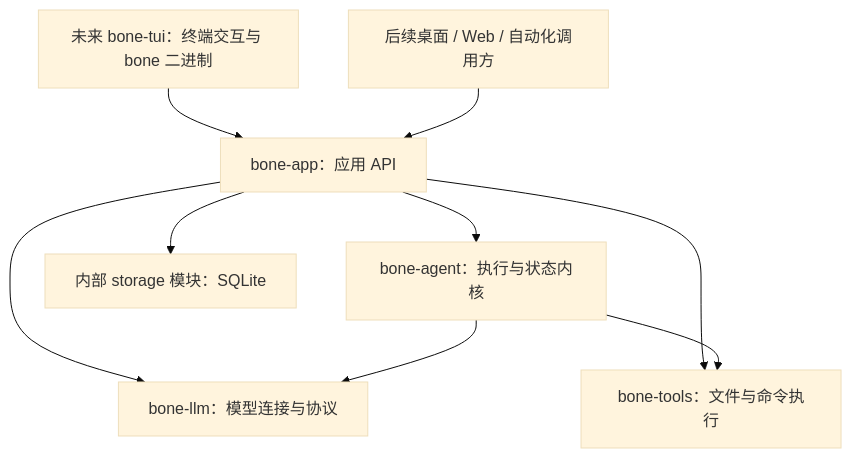
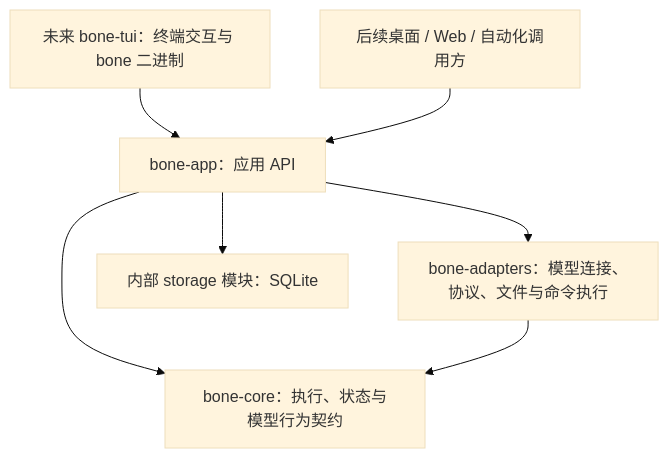
The first of 2 diagrams in docs/bone-app-design.md (frelion/bone), drawn with Mermaid (base theme) before and after one commit. The commit also changed other lines of this file and 164 other files, not shown here.

Commit message:
refactor: consolidate agent crates into core and adapters

````diff
--- a/docs/bone-app-design.md
+++ b/docs/bone-app-design.md
@@ -32,11 +32,9 @@
 ```mermaid
 flowchart TB
     TUI[未来 bone-tui：终端交互与 bone 二进制] --> APP[bone-app：应用 API]
     OTHER[后续桌面 / Web / 自动化调用方] --> APP
-    APP --> AGENT[bone-agent：执行与状态内核]
-    APP --> LLM[bone-llm：模型连接与协议]
-    APP --> TOOLS[bone-tools：文件与命令执行]
+    APP --> CORE[bone-core：执行、状态与模型行为契约]
+    APP --> ADAPTERS[bone-adapters：模型连接、协议、文件与命令执行]
+    ADAPTERS --> CORE
     APP --> STORE[内部 storage 模块：SQLite]
-    AGENT --> LLM
-    AGENT --> TOOLS
 ```
````
